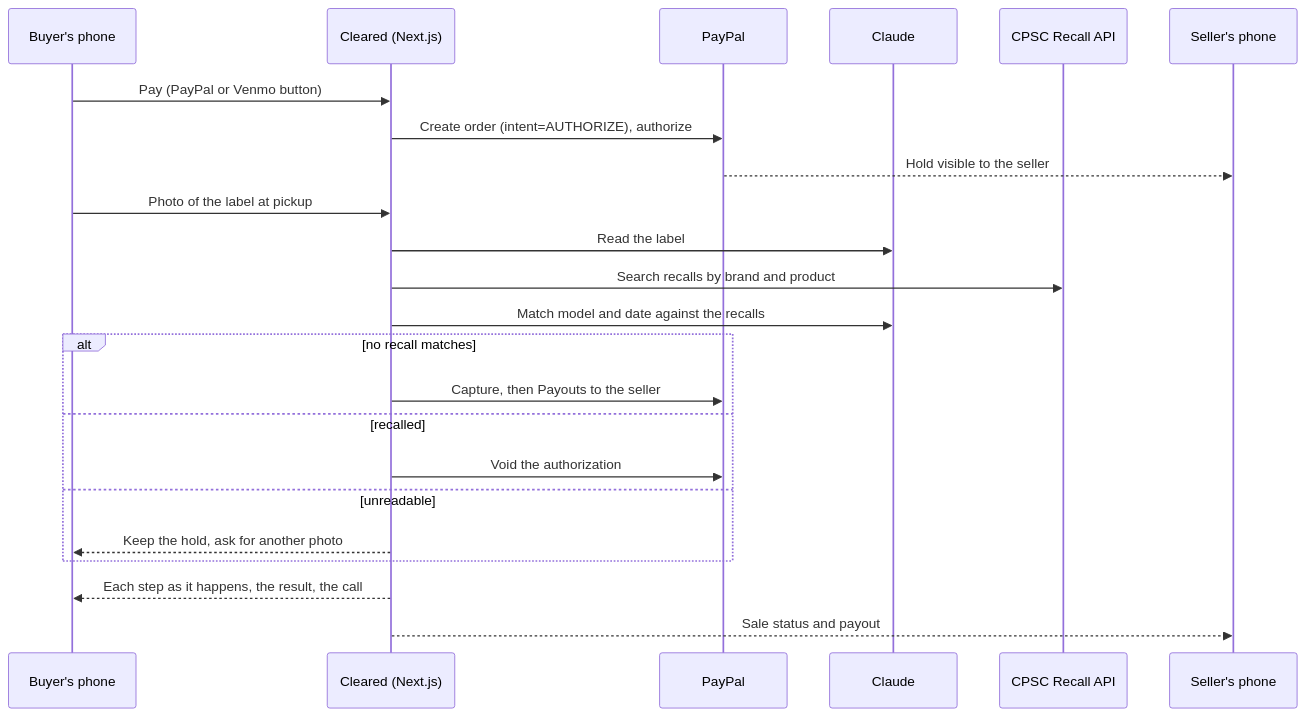
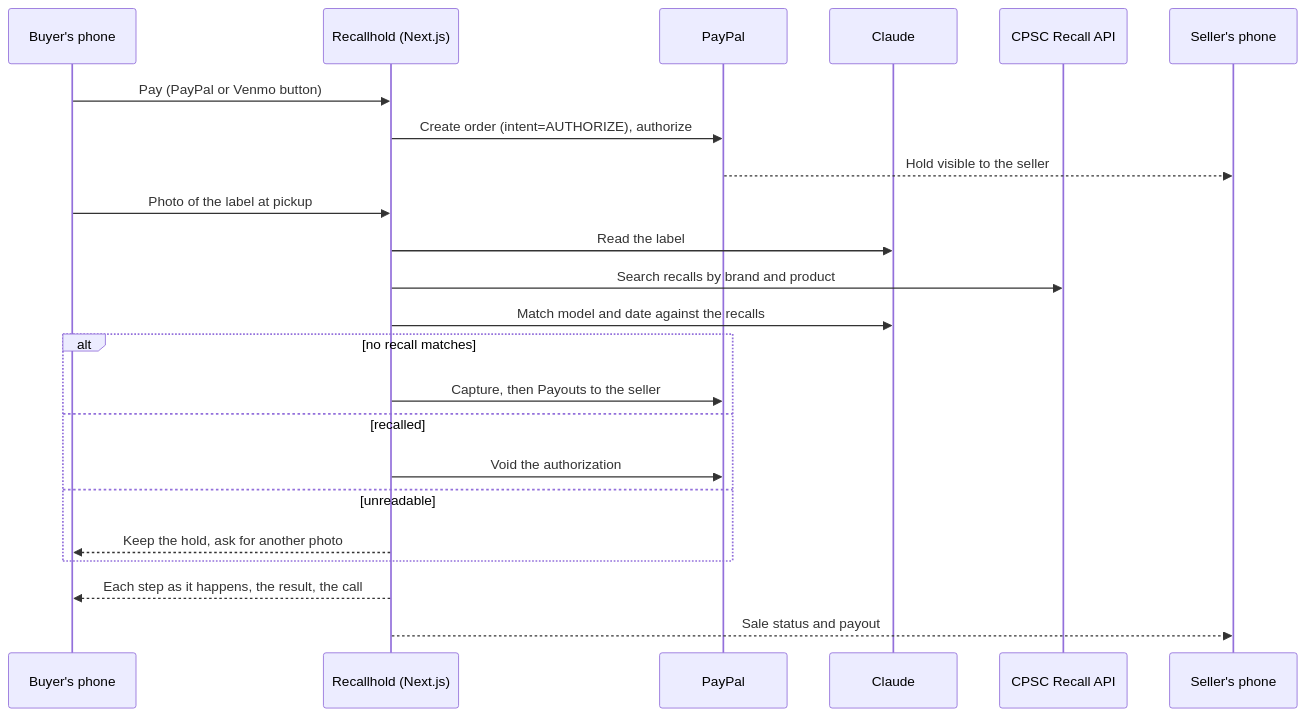
Before and after one commit to Shiv-aurora/paypal-hacakthon: the diagram in README.md, drawn with Mermaid. The commit also changed other lines of this file and 14 other files, not shown here.

````diff
--- a/README.md
+++ b/README.md
@@ -100,25 +100,25 @@
 ```mermaid
 sequenceDiagram
   participant B as Buyer's phone
-  participant C as Cleared (Next.js)
+  participant C as Recallhold (Next.js)
   participant P as PayPal
   participant A as Claude
   participant G as CPSC Recall API
   participant S as Seller's phone
   B->>C: Pay (PayPal or Venmo button)
   C->>P: Create order (intent=AUTHORIZE), authorize
   P-->>S: Hold visible to the seller
   B->>C: Photo of the label at pickup
   C->>A: Read the label
   C->>G: Search recalls by brand and product
   C->>A: Match model and date against the recalls
   alt no recall matches
     C->>P: Capture, then Payouts to the seller
   else recalled
     C->>P: Void the authorization
   else unreadable
     C-->>B: Keep the hold, ask for another photo
   end
   C-->>B: Each step as it happens, the result, the call
   C-->>S: Sale status and payout
 ```
````
